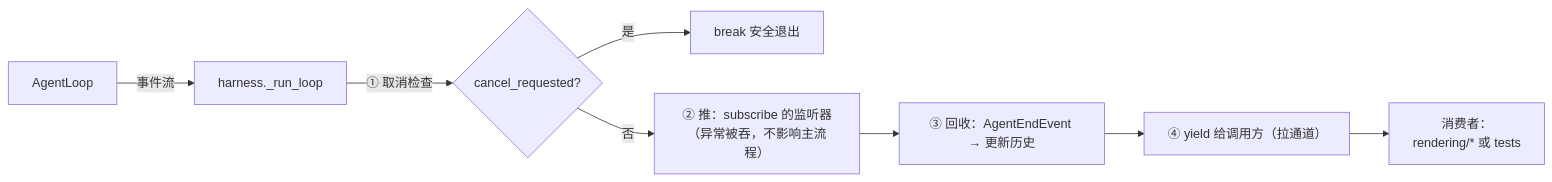
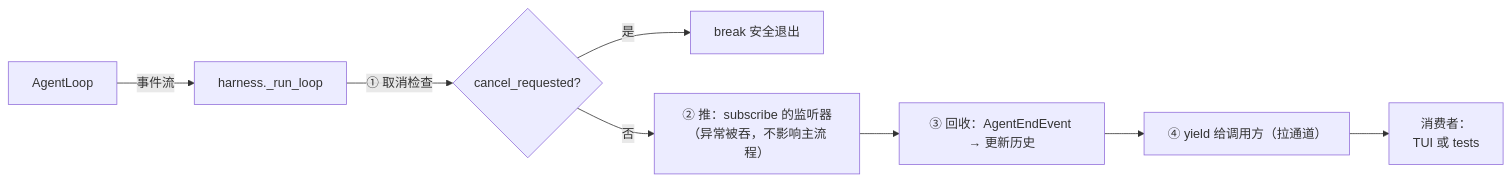
The fourth of 6 diagrams in dev-notes/architecture-walkthrough.md (s0meb0dy3/nexa), drawn with Mermaid before and after one commit. The commit also changed other lines of this file and 17 other files, not shown here.

````diff
--- a/dev-notes/architecture-walkthrough.md
+++ b/dev-notes/architecture-walkthrough.md
@@ -181,10 +179,10 @@
 ```mermaid
 flowchart LR
     LP["AgentLoop"] -->|"事件流"| RL["harness._run_loop"]
     RL -->|"① 取消检查"| CK{"cancel_requested?"}
     CK -- "是" --> STOP["break 安全退出"]
     CK -- "否" --> SUB["② 推：subscribe 的监听器<br/>（异常被吞，不影响主流程）"]
     SUB --> RECYCLE["③ 回收：AgentEndEvent → 更新历史"]
     RECYCLE --> YIELD["④ yield 给调用方（拉通道）"]
-    YIELD --> CONS["消费者：<br/>rendering/* 或 tests"]
+    YIELD --> CONS["消费者：<br/>TUI 或 tests"]
 ```
````
